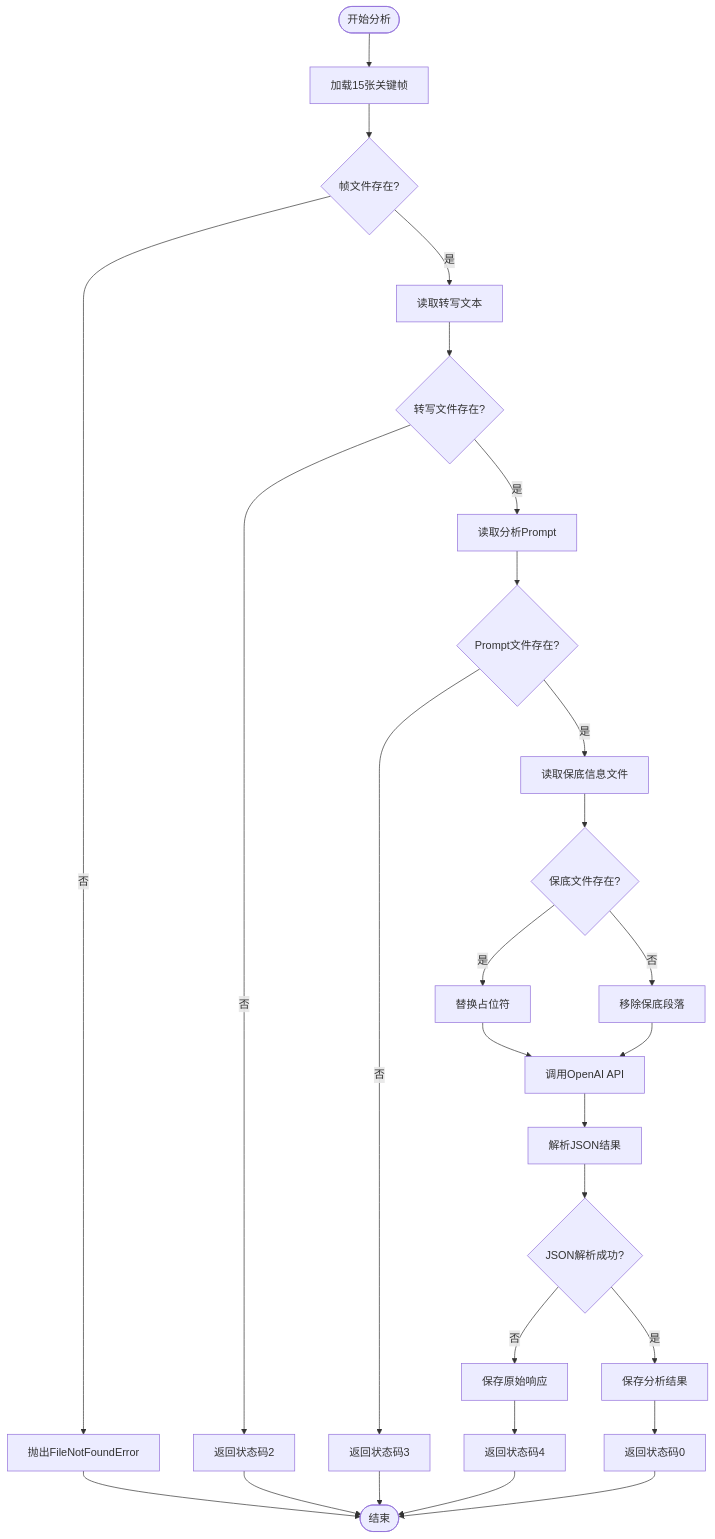
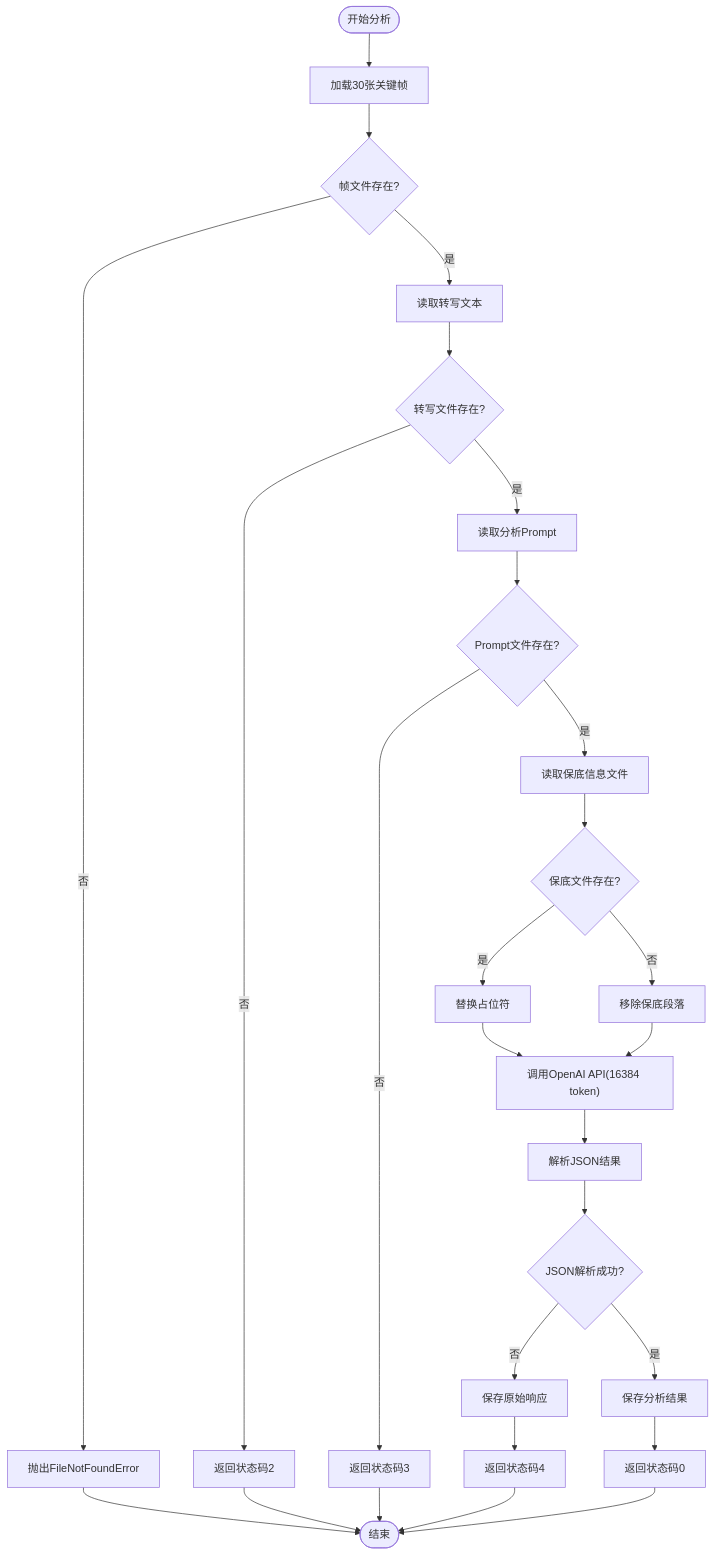
One commit to WongMingJiu/landingpage-test-hero-page changed the third of 7 diagrams in .qoder/repowiki/zh/content/核心模块详解/多模态分析模块.md. Above: the diagram before and after it, drawn with Mermaid. The commit also changed other lines of this file and 7 other files, not shown here.

````diff
--- a/.qoder/repowiki/zh/content/核心模块详解/多模态分析模块.md
+++ b/.qoder/repowiki/zh/content/核心模块详解/多模态分析模块.md
@@ -165,29 +171,29 @@
 ```mermaid
 flowchart TD
-Start([开始分析]) --> LoadFrames["加载15张关键帧"]
+Start([开始分析]) --> LoadFrames["加载30张关键帧"]
 LoadFrames --> CheckFrames{"帧文件存在?"}
 CheckFrames --> |否| Error1["抛出FileNotFoundError"]
 CheckFrames --> |是| LoadTranscript["读取转写文本"]
 LoadTranscript --> CheckTranscript{"转写文件存在?"}
 CheckTranscript --> |否| Error2["返回状态码2"]
 CheckTranscript --> |是| LoadPrompt["读取分析Prompt"]
 LoadPrompt --> CheckPrompt{"Prompt文件存在?"}
 CheckPrompt --> |否| Error3["返回状态码3"]
 CheckPrompt --> |是| LoadFallback["读取保底信息文件"]
 LoadFallback --> CheckFallback{"保底文件存在?"}
 CheckFallback --> |是| ReplacePlaceholder["替换占位符"]
 CheckFallback --> |否| RemoveSection["移除保底段落"]
-ReplacePlaceholder --> CallAPI["调用OpenAI API"]
+ReplacePlaceholder --> CallAPI["调用OpenAI API(16384 token)"]
 RemoveSection --> CallAPI
 CallAPI --> ParseJSON["解析JSON结果"]
 ParseJSON --> CheckJSON{"JSON解析成功?"}
 CheckJSON --> |否| SaveRaw["保存原始响应"]
 CheckJSON --> |是| SaveResult["保存分析结果"]
 SaveRaw --> Error4["返回状态码4"]
 SaveResult --> Success["返回状态码0"]
 Error1 --> End([结束])
 Error2 --> End
 Error3 --> End
 Error4 --> End
 Success --> End
 ```
````
